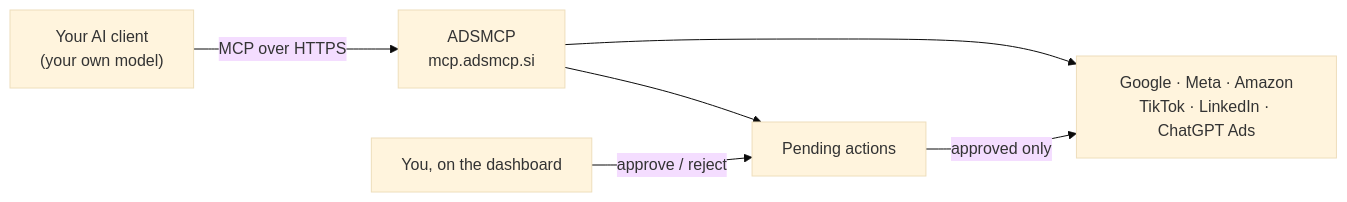
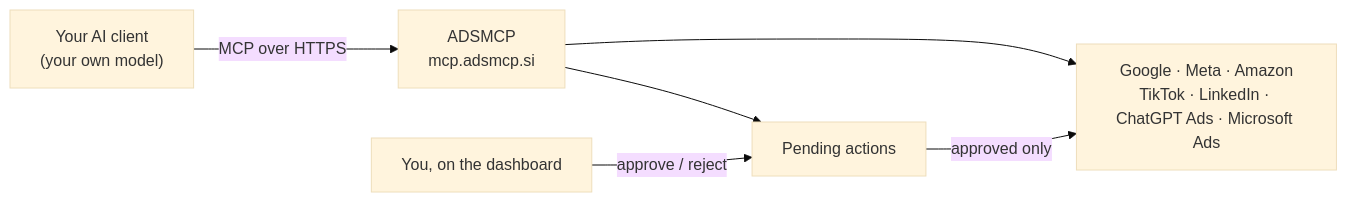
The diagram in mcp.mdx (gao51-qw/adsmcp-docs), drawn with Mermaid (base theme) before and after one commit. The commit also changed other lines of this file and 231 other files, not shown here.

First line of the commit message:
docs: Microsoft Ads, ChatGPT Ads phase 3, LinkedIn L1b-L3 and Google G2 tools

````diff
--- a/mcp.mdx
+++ b/mcp.mdx
@@ -9,8 +9,8 @@
 ```mermaid
 flowchart LR
     A["Your AI client<br/>(your own model)"] -->|"MCP over HTTPS"| B["ADSMCP<br/>mcp.adsmcp.si"]
-    B --> C["Google · Meta · Amazon<br/>TikTok · LinkedIn · ChatGPT Ads"]
+    B --> C["Google · Meta · Amazon<br/>TikTok · LinkedIn · ChatGPT Ads · Microsoft Ads"]
     B --> D["Pending actions"]
     E["You, on the dashboard"] -->|approve / reject| D
     D -->|approved only| C
 ```
````
